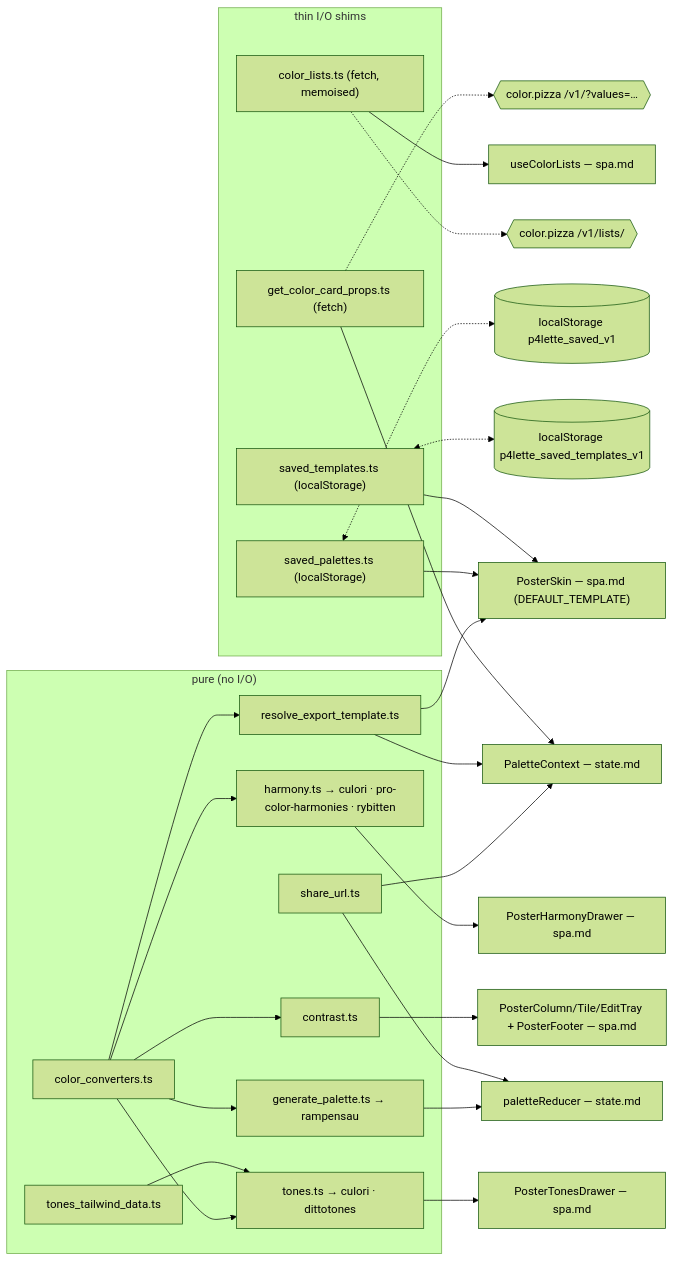
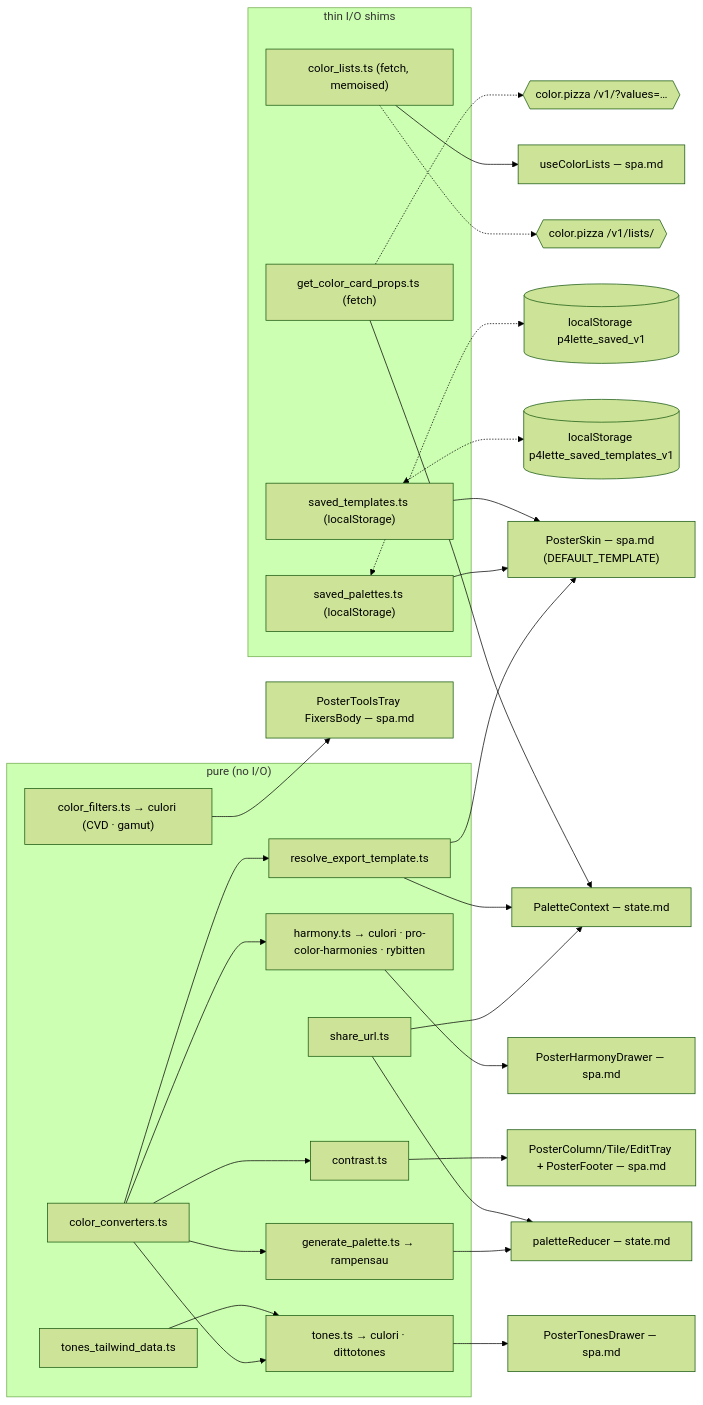
The diagram in SPEC/TARGET/color.md (p4stoboy/p4lette), drawn with Mermaid (forest theme) before and after one commit. The commit also changed other lines of this file and 6 other files, not shown here.

First line of the commit message:
feat(tools): FIXERS section (CVD preview + gamut snap); responsive tray grid

````diff
--- a/SPEC/TARGET/color.md
+++ b/SPEC/TARGET/color.md
@@ -277,37 +293,39 @@
 ```mermaid
 flowchart LR
   subgraph pure["pure (no I/O)"]
     cc["color_converters.ts"]
     gp["generate_palette.ts → rampensau"]
     hm["harmony.ts → culori · pro-color-harmonies · rybitten"]
     tn["tones.ts → culori · dittotones"]
+    cf["color_filters.ts → culori (CVD · gamut)"]
     td["tones_tailwind_data.ts"]
     ct["contrast.ts"]
     rt["resolve_export_template.ts"]
     su["share_url.ts"]
   end
   subgraph io["thin I/O shims"]
     gcn["get_color_card_props.ts (fetch)"]
     cl["color_lists.ts (fetch, memoised)"]
     sp["saved_palettes.ts (localStorage)"]
     st["saved_templates.ts (localStorage)"]
   end
   cc --> gp & hm & tn & ct & rt
   td --> tn
   gp --> red["paletteReducer — state.md"]
   su --> red
   su --> pctx["PaletteContext — state.md"]
   rt --> pctx
   gcn --> pctx
   rt --> skin["PosterSkin — spa.md (DEFAULT_TEMPLATE)"]
   hm --> hd["PosterHarmonyDrawer — spa.md"]
   tn --> tld["PosterTonesDrawer — spa.md"]
+  cf --> ttf["PosterToolsTray FixersBody — spa.md"]
   ct --> swatch["PosterColumn/Tile/EditTray + PosterFooter — spa.md"]
   cl --> ucl["useColorLists — spa.md"]
   sp --> skin
   st --> skin
   gcn -.-> pizza1{{"color.pizza /v1/?values=…"}}
   cl -.-> pizza2{{"color.pizza /v1/lists/"}}
   sp <-.-> ls1[("localStorage p4lette_saved_v1")]
   st <-.-> ls2[("localStorage p4lette_saved_templates_v1")]
 ```
````
